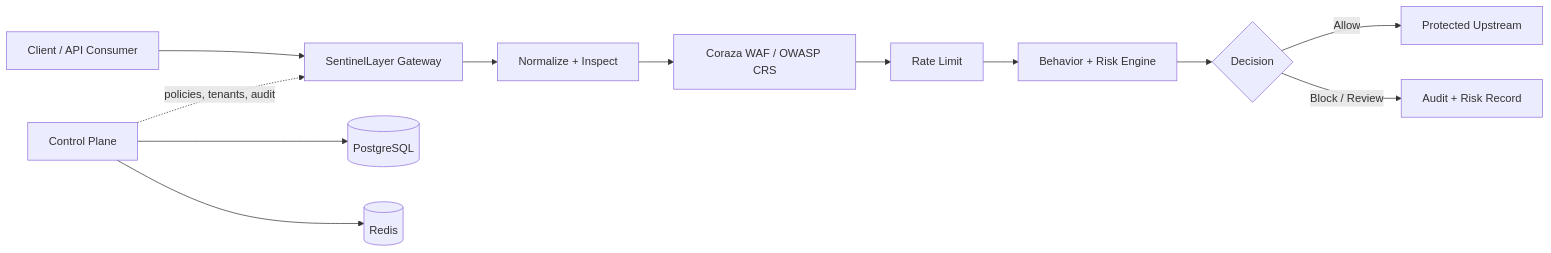
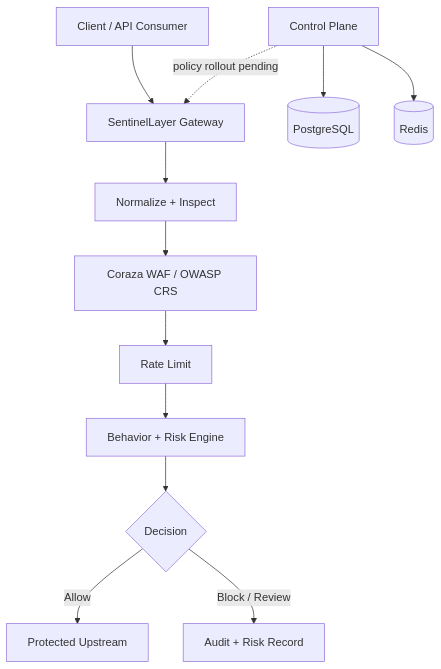
The diagram in README.md (sentinelayer/sentinelayer), drawn with Mermaid before and after one commit. The commit also changed other lines of this file and 1 other file, not shown here.

````diff
--- a/README.md
+++ b/README.md
@@ -37,14 +37,14 @@
 ```mermaid
-flowchart LR
+flowchart TD
     C[Client / API Consumer] --> G[SentinelLayer Gateway]
     G --> N[Normalize + Inspect]
     N --> W[Coraza WAF / OWASP CRS]
     W --> R[Rate Limit]
     R --> B[Behavior + Risk Engine]
     B --> D{Decision}
     D -->|Allow| U[Protected Upstream]
     D -->|Block / Review| A[Audit + Risk Record]
     CP[Control Plane] --> P[(PostgreSQL)]
     CP --> S[(Redis)]
-    CP -. policies, tenants, audit .-> G
+    CP -. policy rollout pending .-> G
 ```
````
